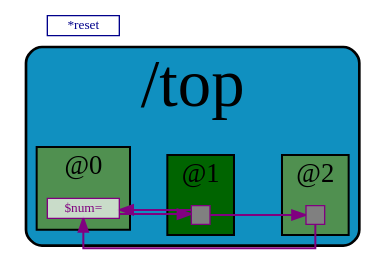
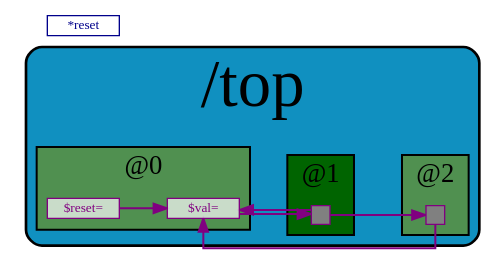
Before and after one commit to develone/sandpiper_test: the diagram in fibon/top_trans.dot, drawn with Graphviz. The commit also changed 18 other files, not shown here.

```diff
--- a/fibon/top_trans.dot
+++ b/fibon/top_trans.dot
@@ -1,74 +1,77 @@
 // Generated by SandPiper(TM) 1.9-2018/02/11-beta from Redwood EDA.
 // (Installed here: /home/devel/SandPiper_1.9-2018_02_11-beta_distro.)
 // Redwood EDA does not claim intellectual property rights to this file and provides no warranty regarding its correctness or quality.
 
 
 // Transaction Flow Graph:
 
 strict digraph "top.tlv" {
    graph [layout = dot, rankdir = "LR", outputorder = edgesfirst, splines = ortho];
    node [layer = 4, shape = star, height = 0.02, style = filled, fontsize = 10, fontcolor = "purple", color = "purple", fillcolor = "#ffffffb0", penwidth = 1.0, margin = "0.03,0.03"];
    edge [layer = 3, weight = 4, penwidth = 1.5, color = "purple", fontcolor = "#00D000", labelfontcolor = "purple"];
    subgraph "cluster." {
       fillcolor = "#1090c0"
       style = "filled,rounded"
       penwidth = 2.0
       fontsize = 50
       tooltip = "/top"
       id = "id0{logical_entity=#Q##Q#}"
       label = "/top"
       subgraph "cluster.stage0" {
-         "$num@0" [fillcolor = "#ffffffb0", shape = box, label = "$num=", id = "id1{logical_entity=#Q#$num#Q#}", tooltip = "$num[15:0] = *reset ? 1                   // 1 if reset
-                       : >>1$num + >>2$num;"];
+         "$reset@0" [fillcolor = "#ffffffb0", shape = box, label = "$reset=", id = "id1{logical_entity=#Q#$reset#Q#}", tooltip = "$reset = *reset;"];
+      }
+      subgraph "cluster.stage0" {
+         "$val@0" [fillcolor = "#ffffffb0", shape = box, label = "$val=", id = "id2{logical_entity=#Q#$val#Q#}", tooltip = "$val[15:0] = $reset ? 1 : >>1$val + >>2$val;"];
       }
       subgraph "cluster.stage1" {
-         "$num@1" [label = "", shape = box, fixedsize = true, width = 0.2, height = 0.2, penwidth = 1.0, shape = box, fillcolor = grey];
+         "$val@1" [label = "", shape = box, fixedsize = true, width = 0.2, height = 0.2, penwidth = 1.0, shape = box, fillcolor = grey];
       }
       subgraph "cluster.stage2" {
-         "$num@2" [label = "", shape = box, fixedsize = true, width = 0.2, height = 0.2, penwidth = 1.0, shape = box, fillcolor = grey];
+         "$val@2" [label = "", shape = box, fixedsize = true, width = 0.2, height = 0.2, penwidth = 1.0, shape = box, fillcolor = grey];
       }
       subgraph "cluster.stage0" {
          style = "filled"
          fontsize = 20
          penwidth = 1.5
          label = "@0"
-         id = "id6{logical_entity=#Q#|none@0#Q#}"
+         id = "id8{logical_entity=#Q#|none@0#Q#}"
          tooltip = "@0"
          fillcolor = "#509050"
       }
       subgraph "cluster.stage1" {
          style = "filled"
          fontsize = 20
          penwidth = 1.5
          label = "@1"
-         id = "id7{logical_entity=#Q#|none@2#Q#}"
+         id = "id9{logical_entity=#Q#|none@2#Q#}"
          tooltip = "@1"
          fillcolor = "darkgreen"
       }
       subgraph "cluster.stage2" {
          style = "filled"
          fontsize = 20
          penwidth = 1.5
          label = "@2"
-         id = "id8{logical_entity=#Q#|none@4#Q#}"
+         id = "id10{logical_entity=#Q#|none@4#Q#}"
          tooltip = "@2"
          fillcolor = "#509050"
       }
       subgraph "cluster.|none" {
          fillcolor = "orange"
          style = "filled,rounded"
          penwidth = 2.5
          fontsize = 50
          tooltip = "|none"
-         id = "id9{logical_entity=#Q#|none#Q#}"
+         id = "id11{logical_entity=#Q#|none#Q#}"
          label = "|none"
       }
    }
 
 "*reset" [shape = box, color = "#00008b", fontcolor = "#00008b", fillcolor = white];
 
-"$num@0" -> "$num@1" [id = "id2{logical_entity=#Q#$num#Q#}", weight = 10]
-"$num@1" -> "$num@2" [id = "id3{logical_entity=#Q#$num#Q#}", weight = 10]
-"$num@1" -> "$num@0" [id = "id4{logical_entity=#Q#$num#Q#}", weight = 1, tooltip = "$num>>1"]
-"$num@2" -> "$num@0" [id = "id5{logical_entity=#Q#$num#Q#}", weight = 1, tooltip = "$num>>2"]
+"$val@0" -> "$val@1" [id = "id3{logical_entity=#Q#$val#Q#}", weight = 10]
+"$val@1" -> "$val@2" [id = "id4{logical_entity=#Q#$val#Q#}", weight = 10]
+"$reset@0" -> "$val@0" [id = "id5{logical_entity=#Q#$reset#Q#}", weight = 2, tooltip = "$reset"]
+"$val@1" -> "$val@0" [id = "id6{logical_entity=#Q#$val#Q#}", weight = 1, tooltip = "$val>>1"]
+"$val@2" -> "$val@0" [id = "id7{logical_entity=#Q#$val#Q#}", weight = 1, tooltip = "$val>>2"]
 }
```
